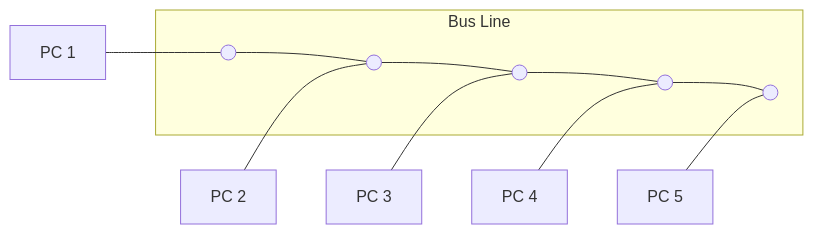
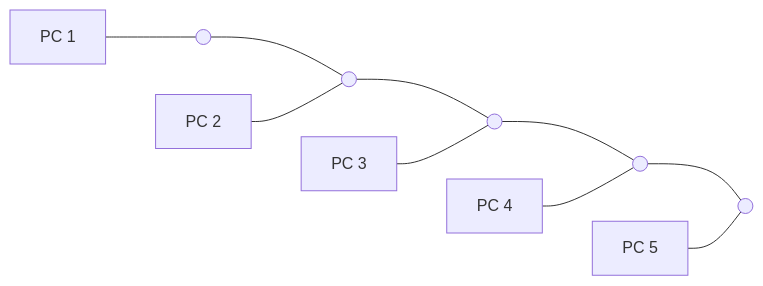
One commit to aswath0001/Internet-Networking changed the diagram in Topologies.md. Above: the diagram before and after it, drawn with Mermaid.

````diff
--- a/Topologies.md
+++ b/Topologies.md
@@ -7,17 +7,13 @@
 ```mermaid
-graph LR
-    %% Bus Topology Diagram
-    %% LR = Left to Right layout
-
-    subgraph Bus[Bus Line]
-        B1(( )) --- B2(( )) --- B3(( )) --- B4(( )) --- B5(( ))
-    end
-
-    %% Devices connected to the bus
-    PC1[PC 1] --- B1
-    PC2[PC 2] --- B2
-    PC3[PC 3] --- B3
-    PC4[PC 4] --- B4
-    PC5[PC 5] --- B5
+flowchart LR
+    B1((" ")) --- B2((" "))
+    B2 --- B3((" "))
+    B3 --- B4((" "))
+    B4 --- B5((" "))
+    PC1["PC 1"] --- B1
+    PC2["PC 2"] --- B2
+    PC3["PC 3"] --- B3
+    PC4["PC 4"] --- B4
+    PC5["PC 5"] --- B5
 
 ```
````
